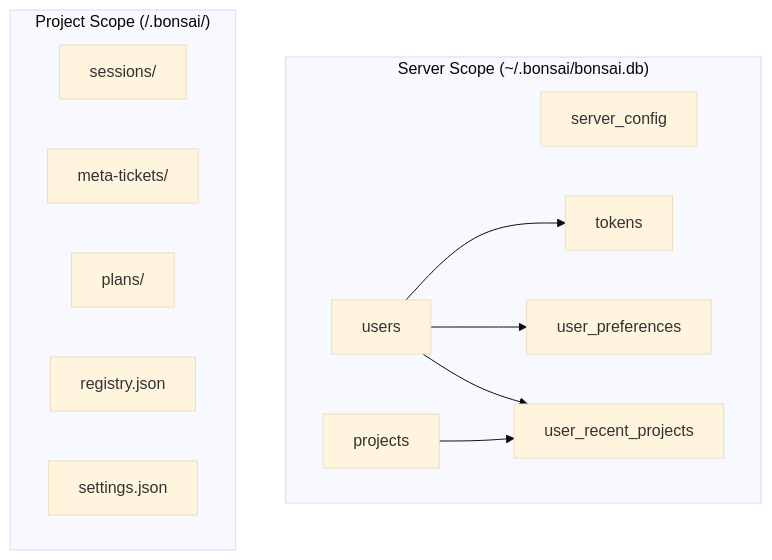
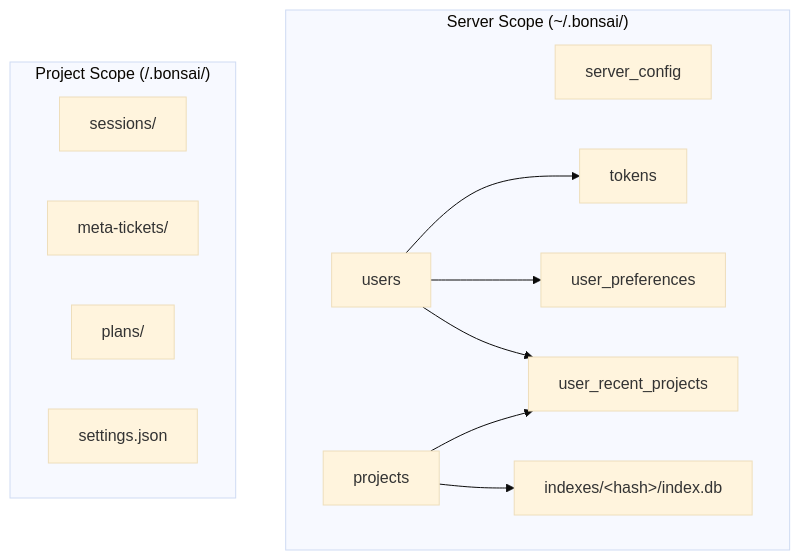
The diagram in .bonsai/design_docs/STORAGE_ARCHITECTURE.md (JetBrains/thinkrail), drawn with Mermaid (base theme) before and after one commit. The commit also changed other lines of this file and 188 other files, not shown here.

````diff
--- a/.bonsai/design_docs/STORAGE_ARCHITECTURE.md
+++ b/.bonsai/design_docs/STORAGE_ARCHITECTURE.md
@@ -45,24 +60,25 @@
 ```mermaid
 graph TD
-    subgraph Server["Server Scope (~/.bonsai/bonsai.db)"]
+    subgraph Server["Server Scope (~/.bonsai/)"]
         SC["server_config"]
         U["users"]
         T["tokens"]
         P["projects"]
         UP["user_preferences"]
         URP["user_recent_projects"]
+        IDX["indexes/&lt;hash&gt;/index.db"]
     end
 
     subgraph Project["Project Scope (<project>/.bonsai/)"]
         S["sessions/"]
         MT["meta-tickets/"]
         PL["plans/"]
-        R["registry.json"]
         ST["settings.json"]
     end
 
     U --> T
     U --> UP
     U --> URP
     P --> URP
+    P --> IDX
 ```
````
